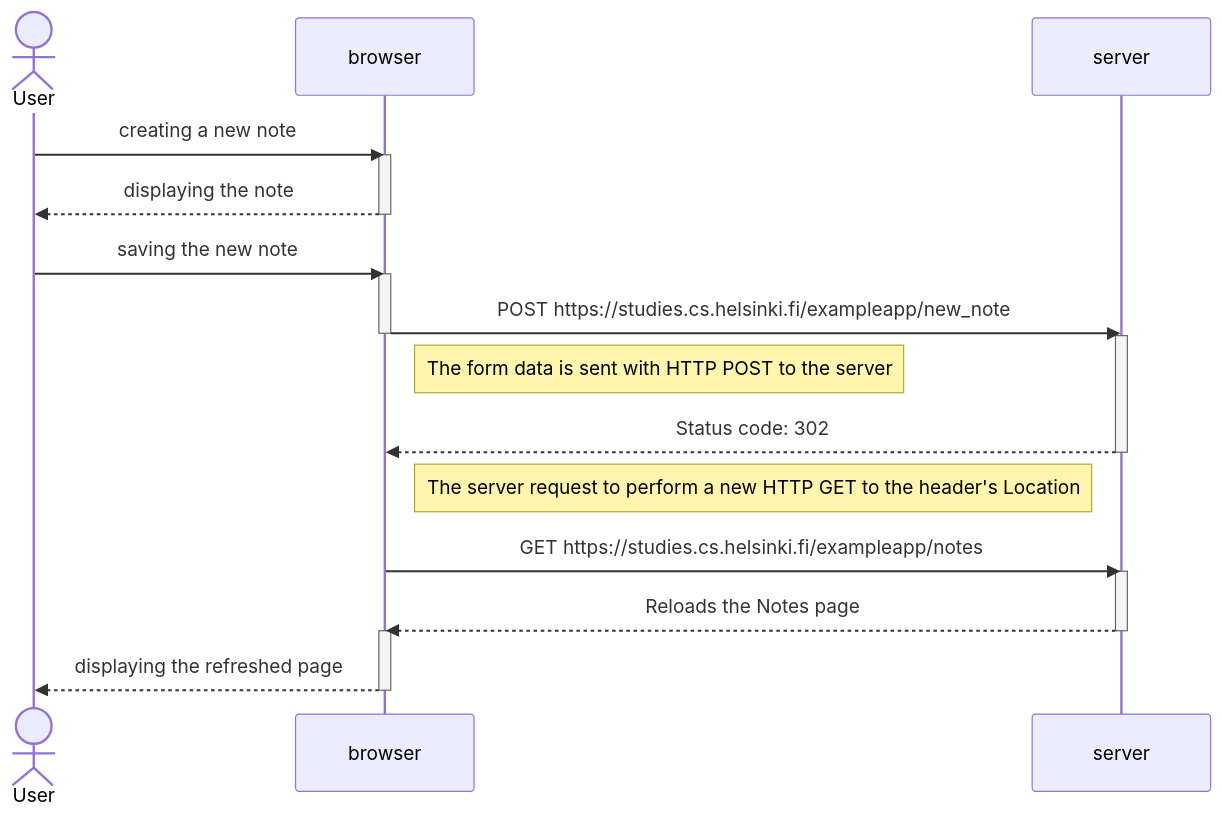
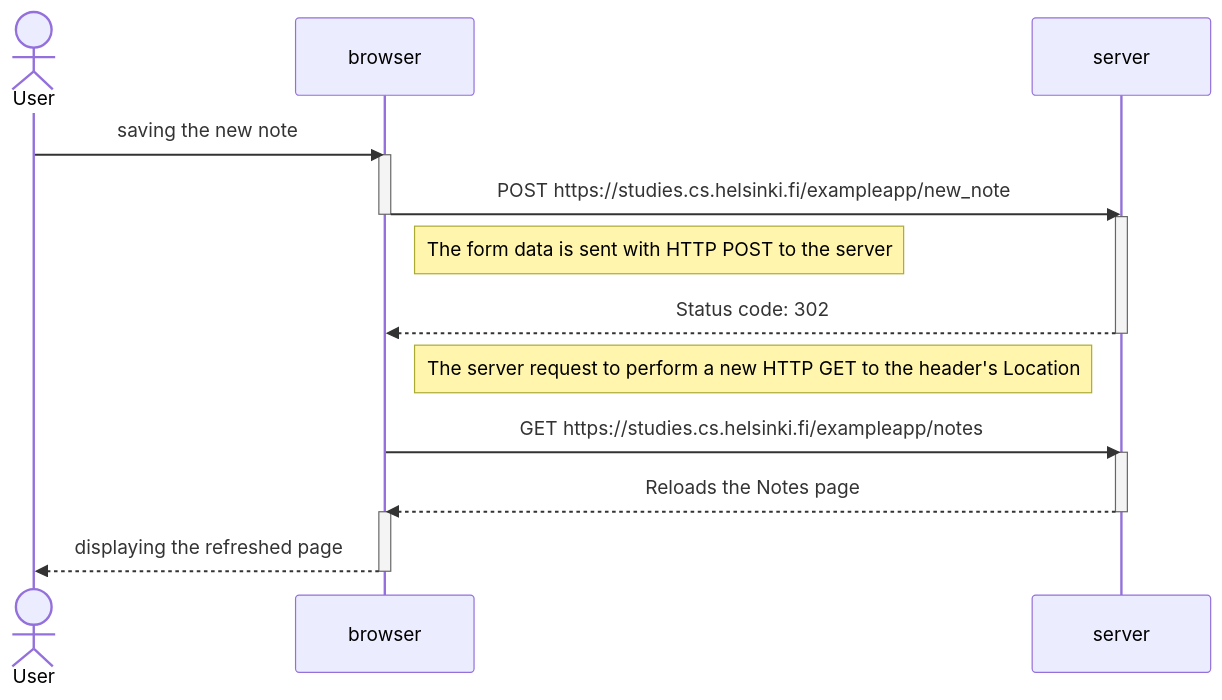
The first of 3 diagrams in README.md (lumuellelumelay/full_stack_open), drawn with Mermaid before and after one commit.

Commit message:
README.md

````diff
--- a/README.md
+++ b/README.md
@@ -4,33 +4,28 @@
 ```mermaid
 sequenceDiagram
     actor User
     participant browser
     participant server
-
-    User->>browser: creating a new note
-    activate browser
-    browser-->>User: displaying the note
-    deactivate browser
 
     User->>browser: saving the new note
     activate browser
     browser->>server: POST https://studies.cs.helsinki.fi/exampleapp/new_note
     deactivate browser
 
     activate server
     Note right of browser: The form data is sent with HTTP POST to the server
 
     server-->>browser: Status code: 302
     deactivate server
 
     Note right of browser: The server request to perform a new HTTP GET to the header's Location
     browser->>server: GET https://studies.cs.helsinki.fi/exampleapp/notes
 
     activate server
     server-->>browser: Reloads the Notes page
     deactivate server
 
     activate browser
     browser-->>User: displaying the refreshed page
     deactivate browser
 ```
````
